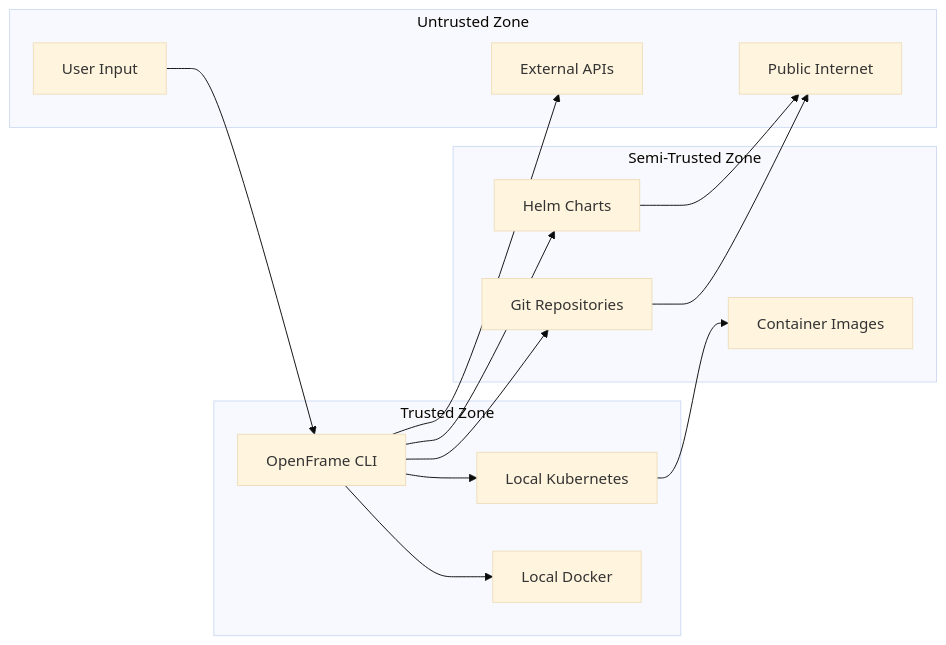
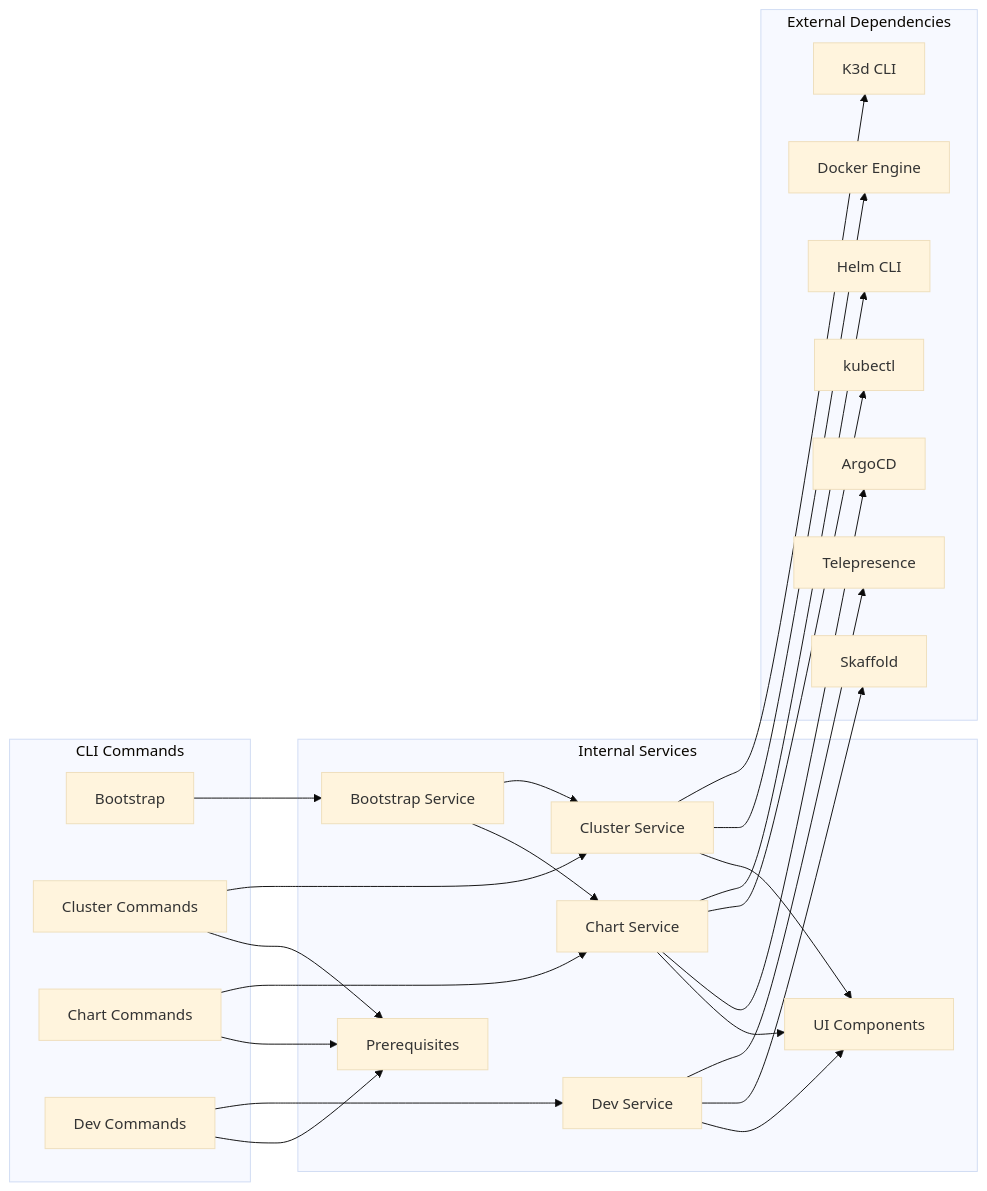
One commit to flamingo-stack/openframe-cli changed the fourth of 4 diagrams in docs/development/architecture/README.md. Above: the diagram before and after it, drawn with Mermaid (base theme). The commit also changed other lines of this file and 8 other files, not shown here.

````diff
--- a/docs/development/architecture/README.md
+++ b/docs/development/architecture/README.md
@@ -457,31 +132,52 @@
 ```mermaid
 graph LR
-    subgraph "Trusted Zone"
-        A[OpenFrame CLI]
-        B[Local Kubernetes]
-        C[Local Docker]
+    subgraph Commands[CLI Commands]
+        BootstrapCmd[Bootstrap]
+        ClusterCmd[Cluster Commands]
+        ChartCmd[Chart Commands]
+        DevCmd[Dev Commands]
     end
     
-    subgraph "Semi-Trusted Zone"
-        D[Container Images]
-        E[Helm Charts]
-        F[Git Repositories]
+    subgraph Services[Internal Services]
+        BootstrapSvc[Bootstrap Service]
+        ClusterSvc[Cluster Service]
+        ChartSvc[Chart Service]
+        DevSvc[Dev Service]
+        UI[UI Components]
+        Prerequisites[Prerequisites]
     end
     
-    subgraph "Untrusted Zone"
-        G[Public Internet]
-        H[External APIs]
-        I[User Input]
+    subgraph External[External Dependencies]
+        K3d[K3d CLI]
+        Helm[Helm CLI]
+        kubectl[kubectl]
+        ArgoCD[ArgoCD]
+        Docker[Docker Engine]
+        Telepresence[Telepresence]
+        Skaffold[Skaffold]
     end
     
-    A --> B
-    A --> C
-    B --> D
-    A --> E
-    A --> F
+    BootstrapCmd --> BootstrapSvc
+    ClusterCmd --> ClusterSvc
+    ChartCmd --> ChartSvc
+    DevCmd --> DevSvc
     
-    E --> G
-    F --> G
-    A --> H
-    I --> A
+    BootstrapSvc --> ClusterSvc
+    BootstrapSvc --> ChartSvc
+    
+    ClusterSvc --> K3d
+    ClusterSvc --> Docker
+    ChartSvc --> Helm
+    ChartSvc --> kubectl
+    ChartSvc --> ArgoCD
+    DevSvc --> Telepresence
+    DevSvc --> Skaffold
+    
+    ClusterSvc --> UI
+    ChartSvc --> UI
+    DevSvc --> UI
+    
+    ClusterCmd --> Prerequisites
+    ChartCmd --> Prerequisites
+    DevCmd --> Prerequisites
 ```
````
